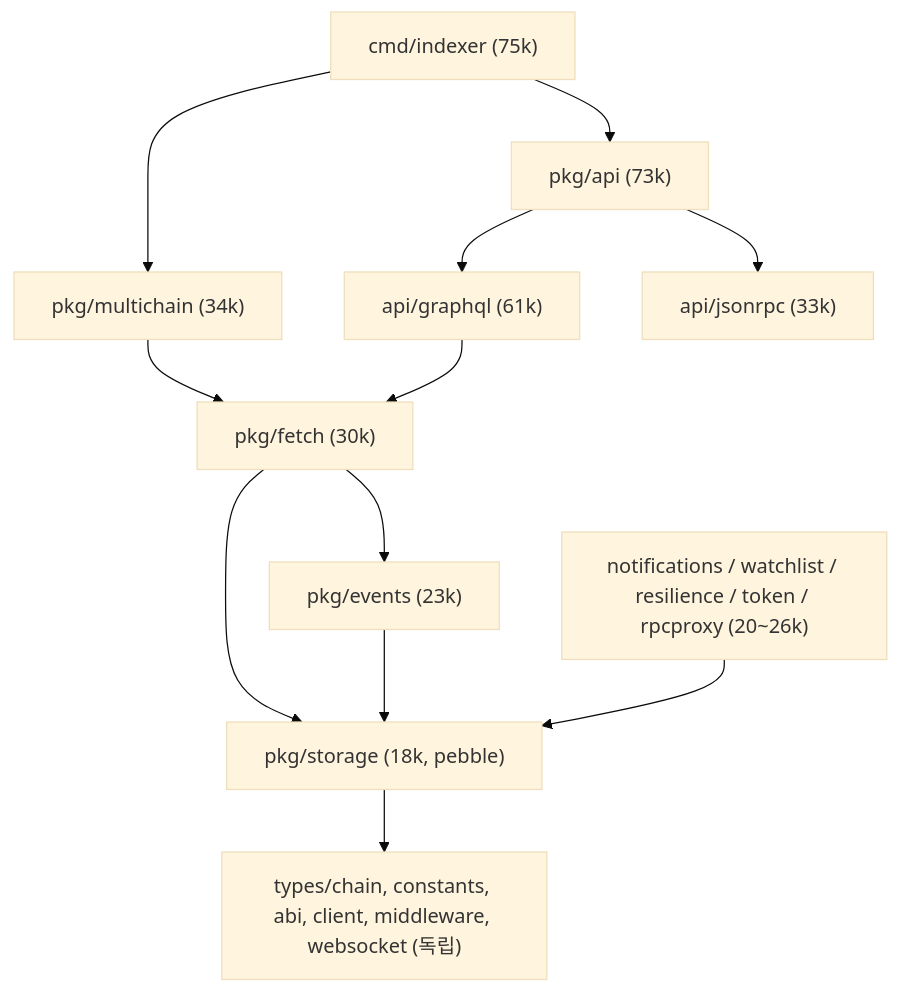
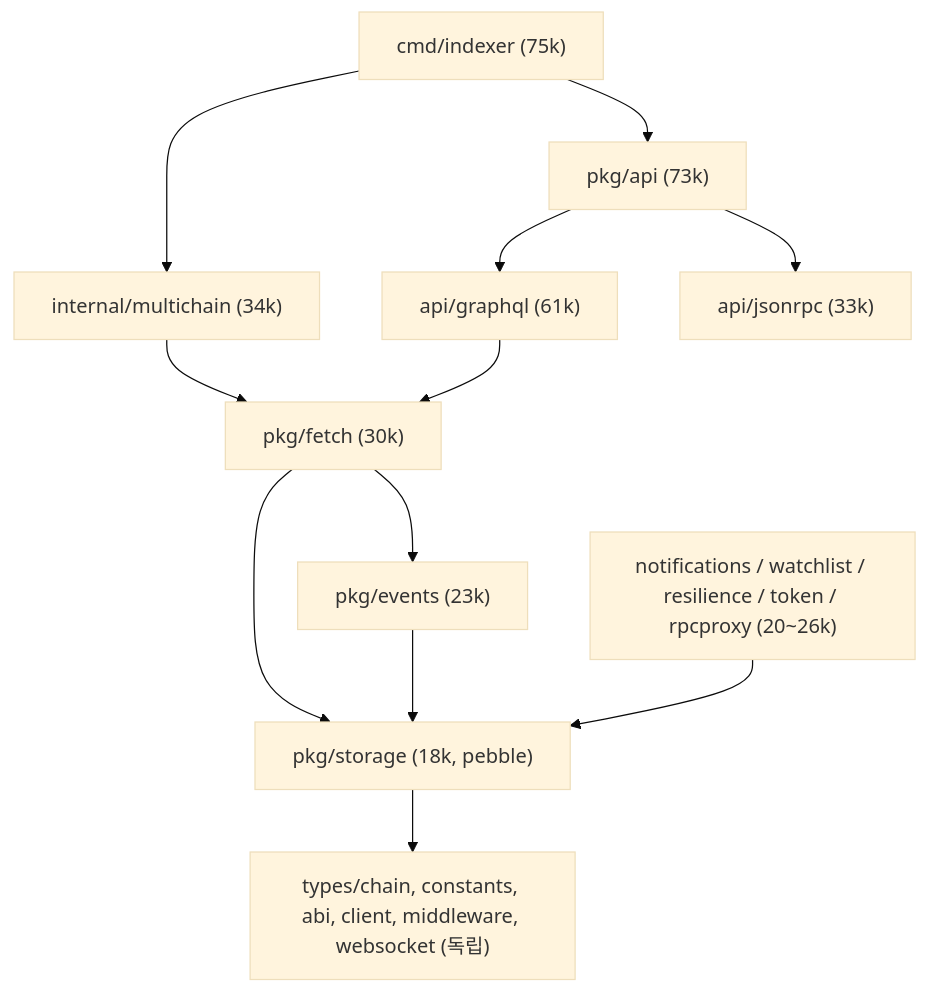
One commit to 0xmhha/indexer-go changed the first of 2 diagrams in docs/analysis/refactoring-plan.md. Above: the diagram before and after it, drawn with Mermaid (base theme). The commit also changed other lines of this file and 420 other files, not shown here.

````diff
--- a/docs/analysis/refactoring-plan.md
+++ b/docs/analysis/refactoring-plan.md
@@ -81,14 +81,14 @@
 ```mermaid
 graph TD
   cmd["cmd/indexer (75k)"] --> api["pkg/api (73k)"]
-  cmd --> mc["pkg/multichain (34k)"]
+  cmd --> mc["internal/multichain (34k)"]
   api --> gql["api/graphql (61k)"]
   api --> rpc["api/jsonrpc (33k)"]
   mc --> fetch["pkg/fetch (30k)"]
   gql --> fetch
   fetch --> events["pkg/events (23k)"]
   fetch --> storage["pkg/storage (18k, pebble)"]
   events --> storage
   notif["notifications / watchlist / resilience / token / rpcproxy (20~26k)"] --> storage
   storage --> leaf["types/chain, constants, abi, client, middleware, websocket (독립)"]
 ```
````
